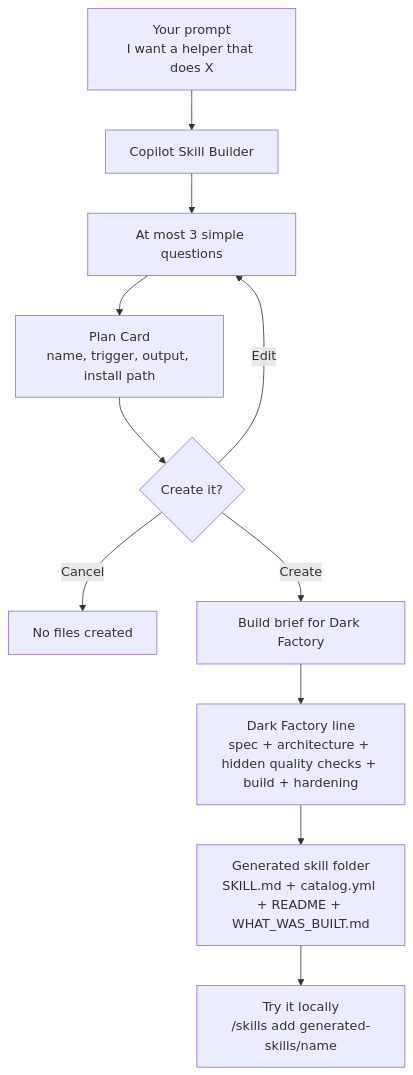
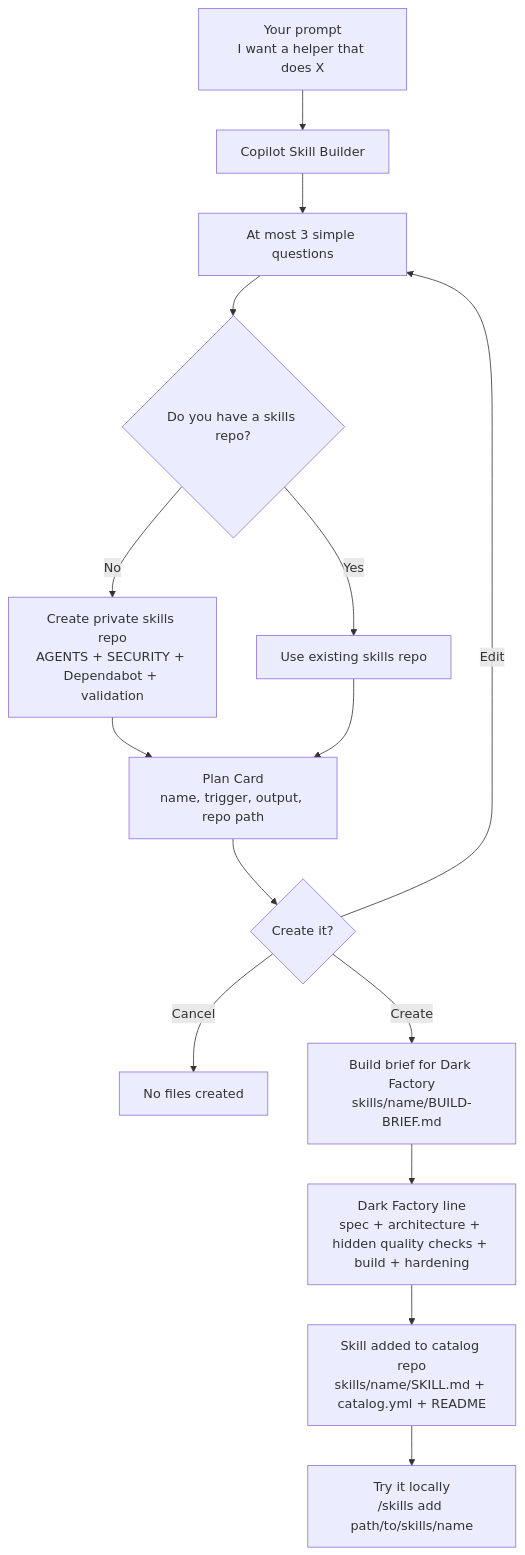
The diagram in README.md (DUBSOpenHub/copilot-skill-builder), drawn with Mermaid before and after one commit. The commit also changed other lines of this file and 15 other files, not shown here.

Commit message:
Add private skills catalog repo flow

````diff
--- a/README.md
+++ b/README.md
@@ -46,13 +46,17 @@
 ```mermaid
 flowchart TD
     A["Your prompt<br/>I want a helper that does X"] --> B["Copilot Skill Builder"]
     B --> C["At most 3 simple questions"]
-    C --> D["Plan Card<br/>name, trigger, output, install path"]
-    D --> E{"Create it?"}
-    E -- Edit --> C
-    E -- Cancel --> Z["No files created"]
-    E -- Create --> F["Build brief for Dark Factory"]
-    F --> G["Dark Factory line<br/>spec + architecture + hidden quality checks + build + hardening"]
-    G --> H["Generated skill folder<br/>SKILL.md + catalog.yml + README + WHAT_WAS_BUILT.md"]
-    H --> I["Try it locally<br/>/skills add generated-skills/name"]
+    C --> D{"Do you have a skills repo?"}
+    D -- No --> E["Create private skills repo<br/>AGENTS + SECURITY + Dependabot + validation"]
+    D -- Yes --> F["Use existing skills repo"]
+    E --> G["Plan Card<br/>name, trigger, output, repo path"]
+    F --> G
+    G --> H{"Create it?"}
+    H -- Edit --> C
+    H -- Cancel --> Z["No files created"]
+    H -- Create --> I["Build brief for Dark Factory<br/>skills/name/BUILD-BRIEF.md"]
+    I --> J["Dark Factory line<br/>spec + architecture + hidden quality checks + build + hardening"]
+    J --> K["Skill added to catalog repo<br/>skills/name/SKILL.md + catalog.yml + README"]
+    K --> L["Try it locally<br/>/skills add path/to/skills/name"]
 ```
````
